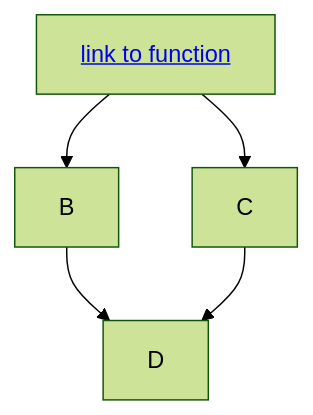
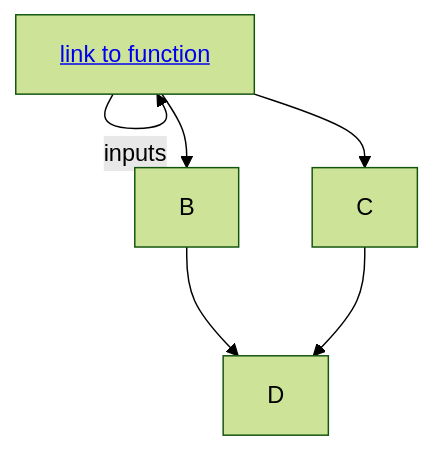
The diagram in README.md (neuro-dream/Trigger-Fix), drawn with Mermaid (forest theme) before and after one commit.

````diff
--- a/README.md
+++ b/README.md
@@ -30,8 +30,8 @@
 ```mermaid
 graph TD;
     A[<a href='https://github.com/neurodream/Trigger-Fix/blob/main/trigfix/trigger_compare_functions.py#L170'>link to function</a>]
-    A-->B;
+    -- inputs --> A-->B;
     A-->C;
     B-->D;
     C-->D;
 ```
````
